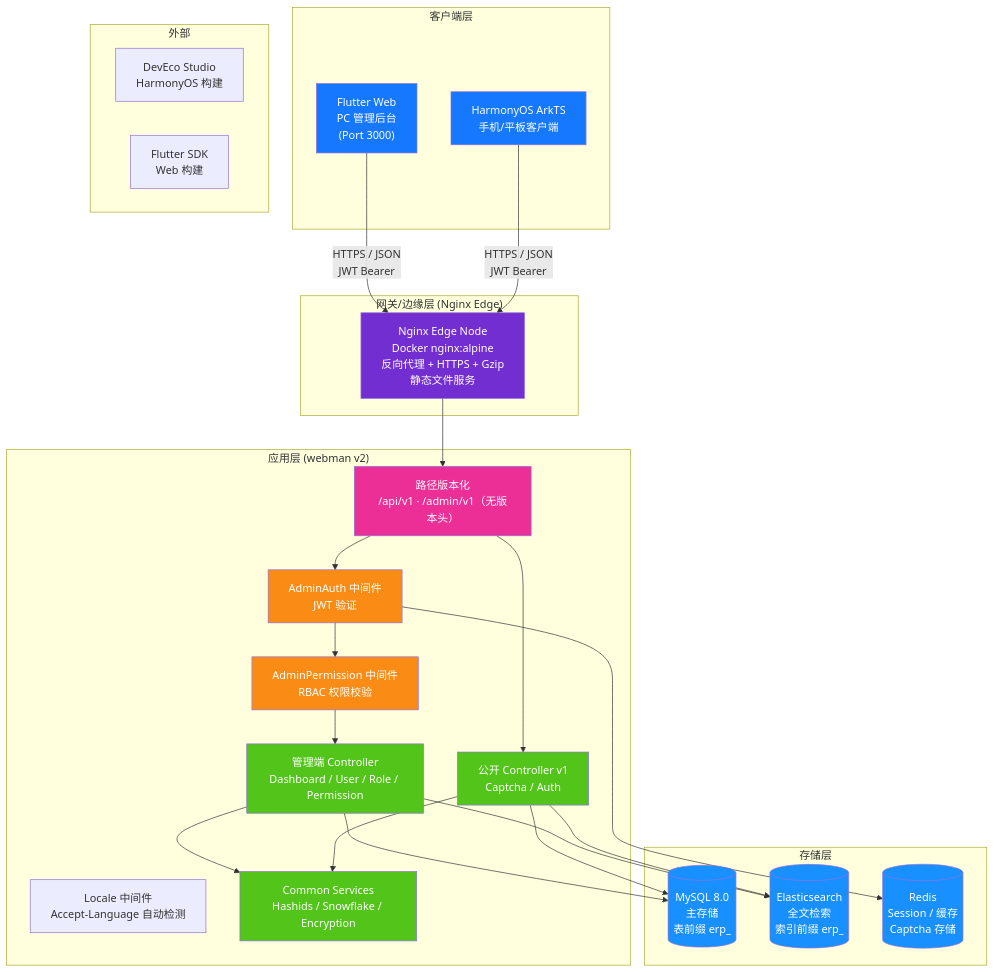
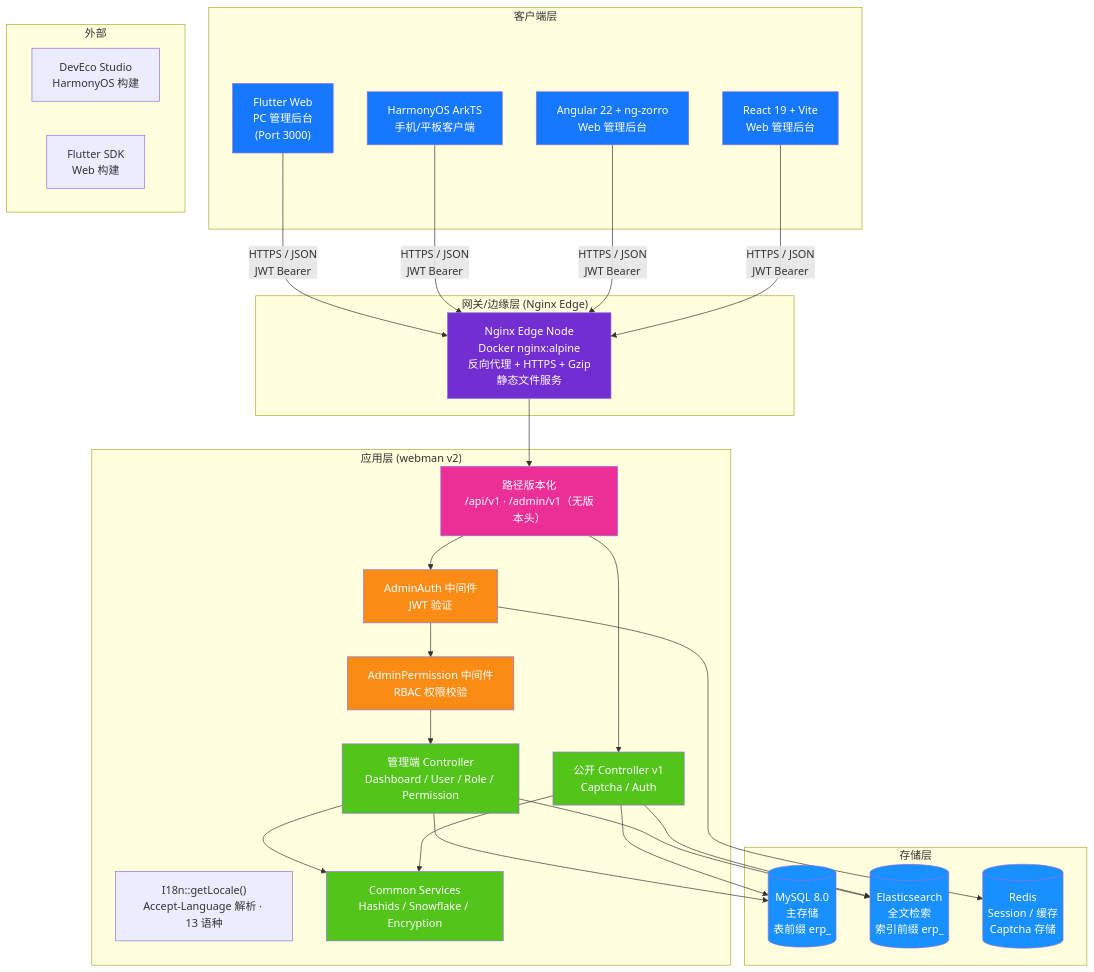
One commit to erikwang2013/erp-php changed the first of 20 diagrams in docs/ARCHITECTURE.md. Above: the diagram before and after it, drawn with Mermaid. The commit also changed other lines of this file and 8 other files, not shown here.

````diff
--- a/docs/ARCHITECTURE.md
+++ b/docs/ARCHITECTURE.md
@@ -11,60 +11,66 @@
 ```mermaid
 flowchart TB
     subgraph "客户端层"
         A1["Flutter Web<br/>PC 管理后台<br/>(Port 3000)"]
         A2["HarmonyOS ArkTS<br/>手机/平板客户端"]
+        A3["Angular 22 + ng-zorro<br/>Web 管理后台"]
+        A4["React 19 + Vite<br/>Web 管理后台"]
     end
 
     subgraph "网关/边缘层 (Nginx Edge)"
         B1["Nginx Edge Node<br/>Docker nginx:alpine<br/>反向代理 + HTTPS + Gzip<br/>静态文件服务"]
     end
 
     subgraph "应用层 (webman v2)"
-        C_LOC["Locale 中间件<br/>Accept-Language 自动检测"]
+        C_LOC["I18n::getLocale()<br/>Accept-Language 解析 · 13 语种"]
         C0["路径版本化<br/>/api/v1 · /admin/v1（无版本头）"]
         C1["AdminAuth 中间件<br/>JWT 验证"]
         C2["AdminPermission 中间件<br/>RBAC 权限校验"]
         C3["管理端 Controller<br/>Dashboard / User / Role / Permission"]
         C4["公开 Controller v1<br/>Captcha / Auth"]
         C5["Common Services<br/>Hashids / Snowflake / Encryption"]
     end
 
     subgraph "存储层"
         D1[("MySQL 8.0<br/>主存储<br/>表前缀 erp_")]
         D2[("Elasticsearch<br/>全文检索<br/>索引前缀 erp_")]
         D3[("Redis<br/>Session / 缓存<br/>Captcha 存储")]
     end
 
     subgraph "外部"
         E1["DevEco Studio<br/>HarmonyOS 构建"]
         E2["Flutter SDK<br/>Web 构建"]
     end
 
     A1 -->|"HTTPS / JSON<br/>JWT Bearer"| B1
     A2 -->|"HTTPS / JSON<br/>JWT Bearer"| B1
+    A3 -->|"HTTPS / JSON<br/>JWT Bearer"| B1
+    A4 -->|"HTTPS / JSON<br/>JWT Bearer"| B1
     B1 --> C0
     C0 --> C1
     C1 --> C2
     C2 --> C3
     C0 --> C4
     C3 --> C5
     C4 --> C5
     C3 --> D1
     C4 --> D1
     C3 --> D2
     C4 --> D2
     C1 --> D3
 
     style A1 fill:#1677FF,color:#fff
     style A2 fill:#1677FF,color:#fff
+    style A3 fill:#1677FF,color:#fff
+    style A4 fill:#1677FF,color:#fff
     style B1 fill:#722ED1,color:#fff
     style C0 fill:#EB2F96,color:#fff
     style C1 fill:#FA8C16,color:#fff
     style C2 fill:#FA8C16,color:#fff
     style C3 fill:#52C41A,color:#fff
     style C4 fill:#52C41A,color:#fff
     style C5 fill:#52C41A,color:#fff
     style D1 fill:#1890FF,color:#fff
     style D2 fill:#1890FF,color:#fff
     style D3 fill:#1890FF,color:#fff
 ```
````
